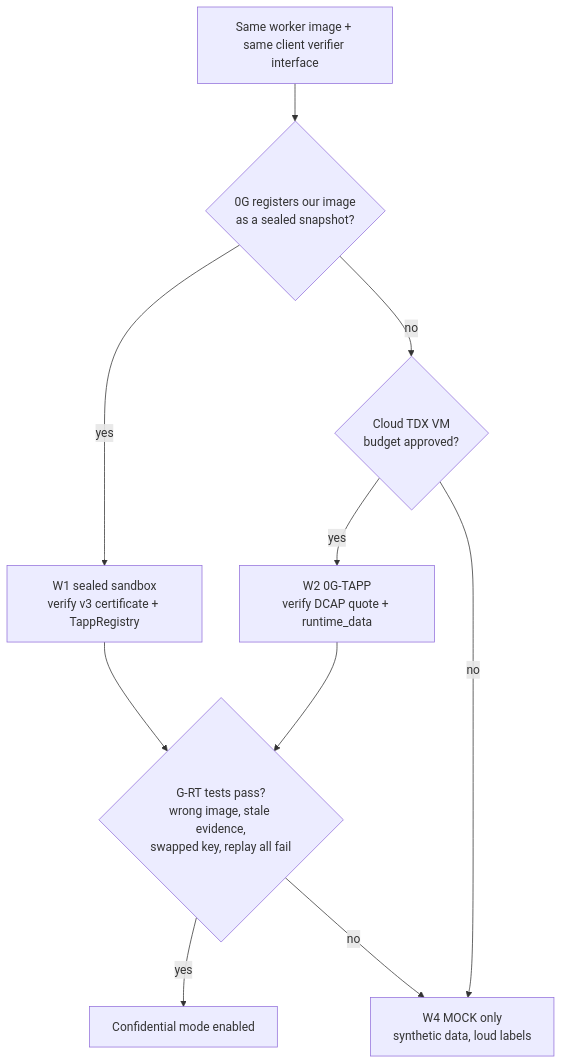
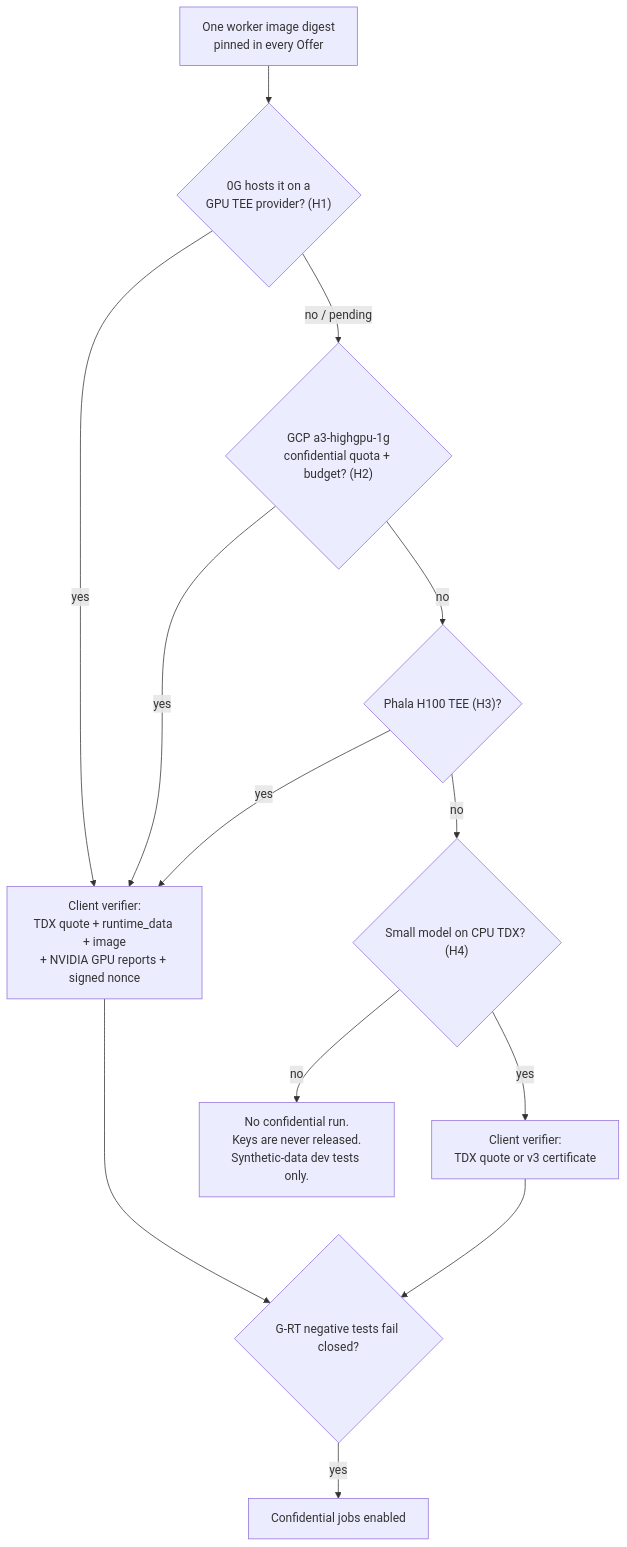
One commit to Soni-Shivam/Pivot_HTE changed diagram 13 of 16 in docs/ARCHITECTURE.md. Above: the diagram before and after it, drawn with Mermaid. The commit also changed other lines of this file and 7 other files, not shown here.

First line of the commit message:
Plan rev 3: real model trained in the enclave, no mock mode

````diff
--- a/docs/ARCHITECTURE.md
+++ b/docs/ARCHITECTURE.md
@@ -357,11 +353,14 @@
 ```mermaid
 flowchart TB
-    START["Same worker image + same client verifier interface"] --> Q1{"0G registers our image<br/>as a sealed snapshot?"}
-    Q1 -- "yes" --> W1["W1 sealed sandbox<br/>verify v3 certificate + TappRegistry"]
-    Q1 -- "no" --> Q2{"Cloud TDX VM<br/>budget approved?"}
-    Q2 -- "yes" --> W2["W2 0G-TAPP<br/>verify DCAP quote + runtime_data"]
-    Q2 -- "no" --> W4["W4 MOCK only<br/>synthetic data, loud labels"]
-    W1 & W2 --> GRT{"G-RT tests pass?<br/>wrong image, stale evidence,<br/>swapped key, replay all fail"}
-    GRT -- "yes" --> CONF["Confidential mode enabled"]
-    GRT -- "no" --> W4
+    IMG["One worker image digest<br/>pinned in every Offer"] --> Q1{"0G hosts it on a<br/>GPU TEE provider? (H1)"}
+    Q1 -- "yes" --> V["Client verifier:<br/>TDX quote + runtime_data + image<br/>+ NVIDIA GPU reports + signed nonce"]
+    Q1 -- "no / pending" --> Q2{"GCP a3-highgpu-1g<br/>confidential quota + budget? (H2)"}
+    Q2 -- "yes" --> V
+    Q2 -- "no" --> Q3{"Phala H100 TEE (H3)?"}
+    Q3 -- "yes" --> V
+    Q3 -- "no" --> Q4{"Small model on CPU TDX? (H4)"}
+    Q4 -- "yes" --> V2["Client verifier:<br/>TDX quote or v3 certificate"]
+    Q4 -- "no" --> STOP["No confidential run.<br/>Keys are never released.<br/>Synthetic-data dev tests only."]
+    V & V2 --> GRT{"G-RT negative tests fail closed?"}
+    GRT -- "yes" --> GO["Confidential jobs enabled"]
 ```
````
